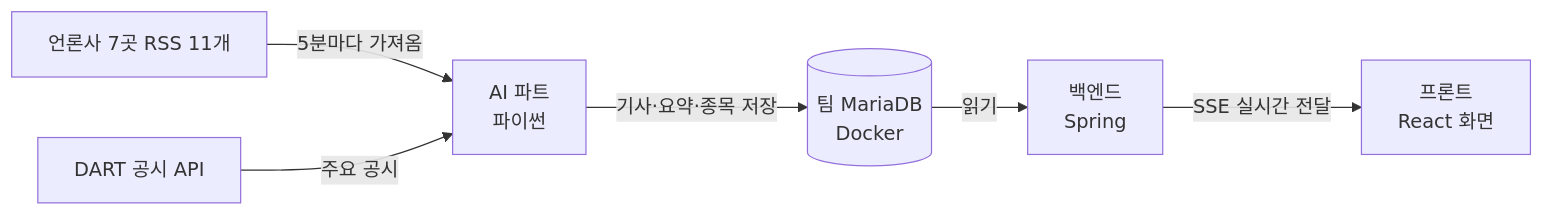
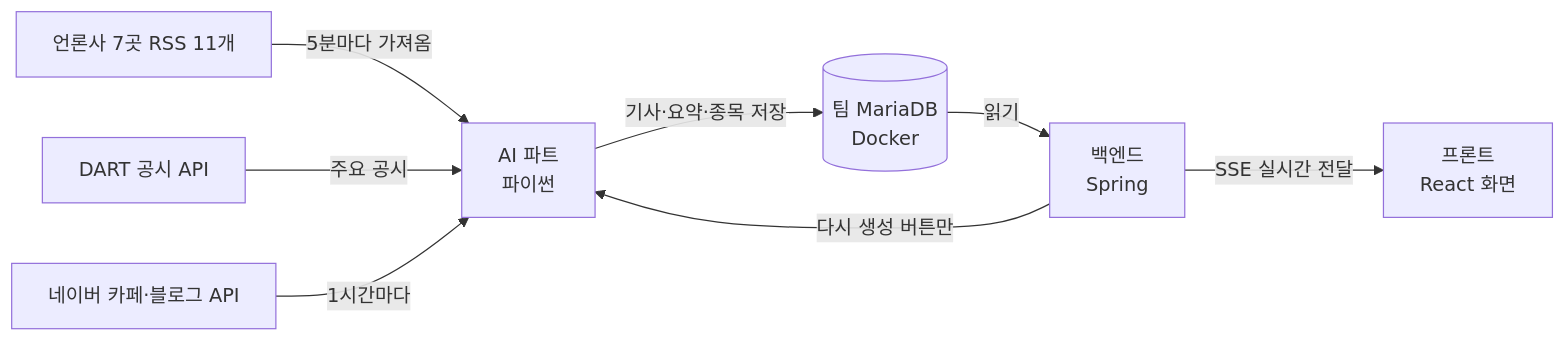
One commit to hk-finance-team2/stock-news-matching changed the first of 2 diagrams in ai/docs/학습/00_전체그림.md. Above: the diagram before and after it, drawn with Mermaid. The commit also changed other lines of this file and 32 other files, not shown here.

````diff
--- a/ai/docs/학습/00_전체그림.md
+++ b/ai/docs/학습/00_전체그림.md
@@ -9,8 +9,10 @@
 ```mermaid
 flowchart LR
     RSS[언론사 7곳 RSS 11개] -->|5분마다 가져옴| AI[AI 파트<br/>파이썬]
     DART[DART 공시 API] -->|주요 공시| AI
+    NAVER[네이버 카페·블로그 API] -->|1시간마다| AI
     AI -->|기사·요약·종목 저장| DB[(팀 MariaDB<br/>Docker)]
     DB -->|읽기| BE[백엔드<br/>Spring]
     BE -->|SSE 실시간 전달| FE[프론트<br/>React 화면]
+    BE -->|다시 생성 버튼만| AI
 ```
````
